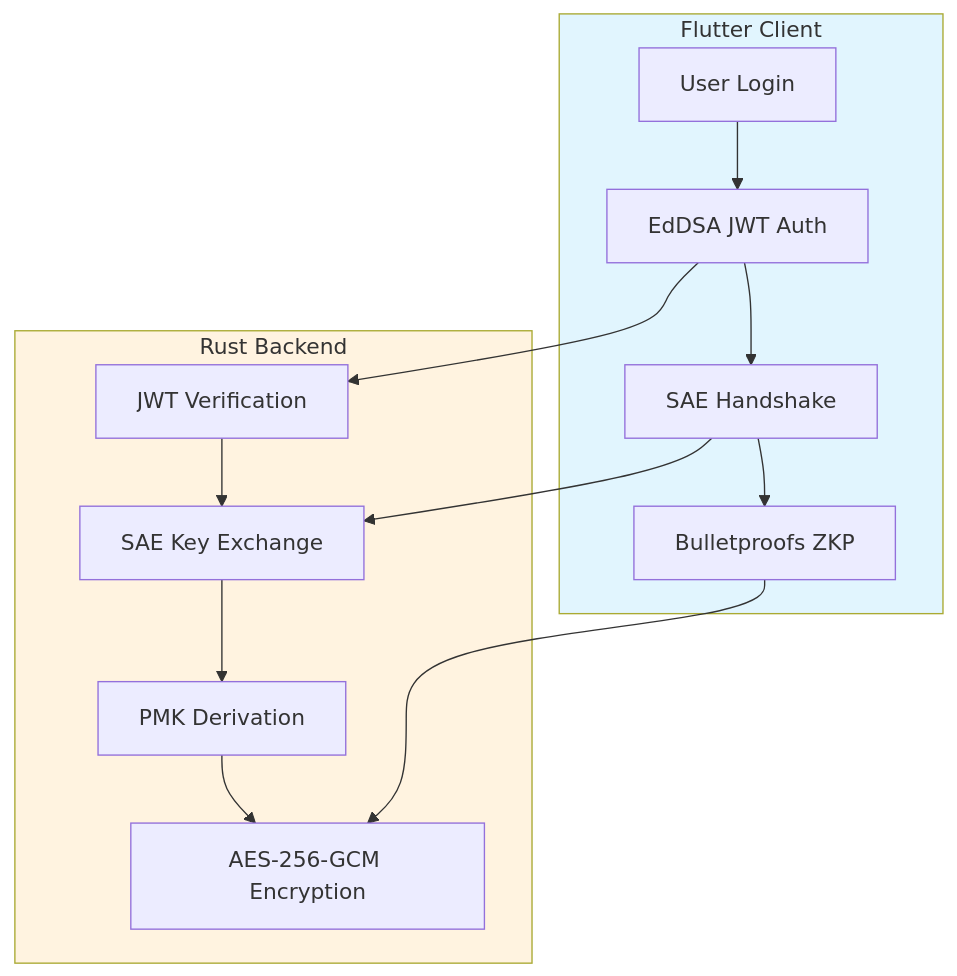
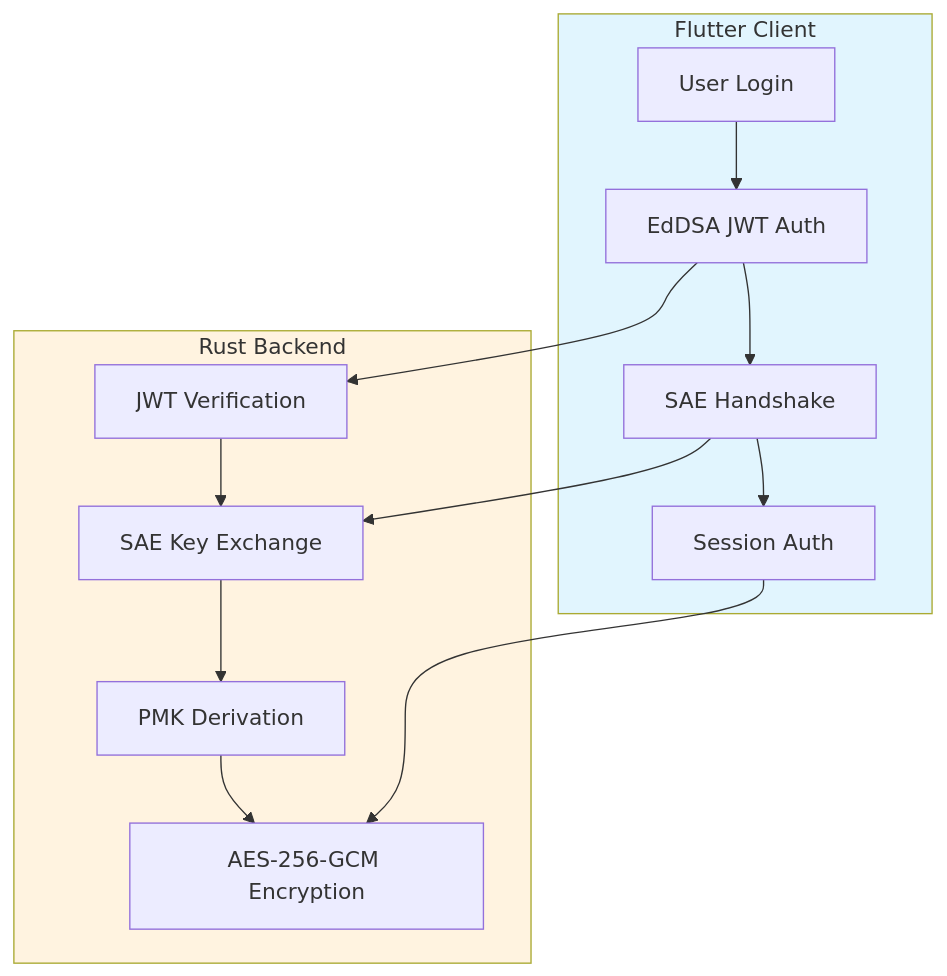
The first of 4 diagrams in README.md (blueokanna/RockZeroOS-Service), drawn with Mermaid before and after one commit. The commit also changed other lines of this file and 4 other files, not shown here.

````diff
--- a/README.md
+++ b/README.md
@@ -38,21 +38,21 @@
 ```mermaid
 flowchart TB
     subgraph Client["Flutter Client"]
         A[User Login] --> B[EdDSA JWT Auth]
         B --> C[SAE Handshake]
-        C --> D[Bulletproofs ZKP]
+        C --> D[Session Auth]
     end
     
     subgraph Server["Rust Backend"]
         E[JWT Verification] --> F[SAE Key Exchange]
         F --> G[PMK Derivation]
         G --> H[AES-256-GCM Encryption]
     end
     
     B --> E
     C --> F
     D --> H
     
     style Client fill:#e1f5fe
     style Server fill:#fff3e0
 ```
````
